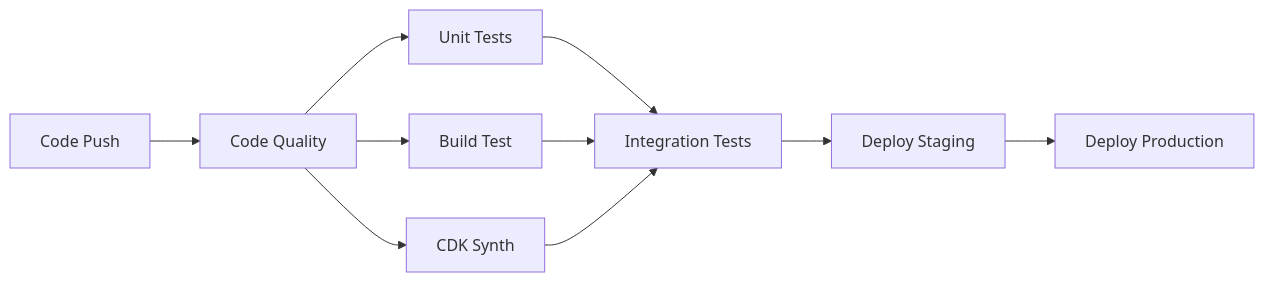
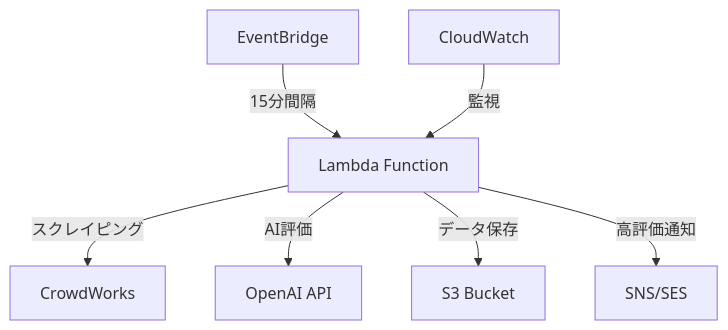
One commit to masayuki-akinari/crowdworks-search changed the diagram in readme.md. Above: the diagram before and after it, drawn with Mermaid. The commit also changed other lines of this file and 5 other files, not shown here.

````diff
--- a/readme.md
+++ b/readme.md
@@ -195,12 +19,9 @@
 ```mermaid
-graph LR
-    A[Code Push] --> B[Code Quality]
-    B --> C[Unit Tests]
-    B --> D[Build Test]
-    B --> E[CDK Synth]
-    C --> F[Integration Tests]
-    D --> F
-    E --> F
-    F --> G[Deploy Staging]
-    G --> H[Deploy Production]
+graph TB
+    A[EventBridge] -->|15分間隔| B[Lambda Function]
+    B -->|スクレイピング| C[CrowdWorks]
+    B -->|AI評価| D[OpenAI API]
+    B -->|データ保存| E[S3 Bucket]
+    B -->|高評価通知| F[SNS/SES]
+    G[CloudWatch] -->|監視| B
 ```
````
